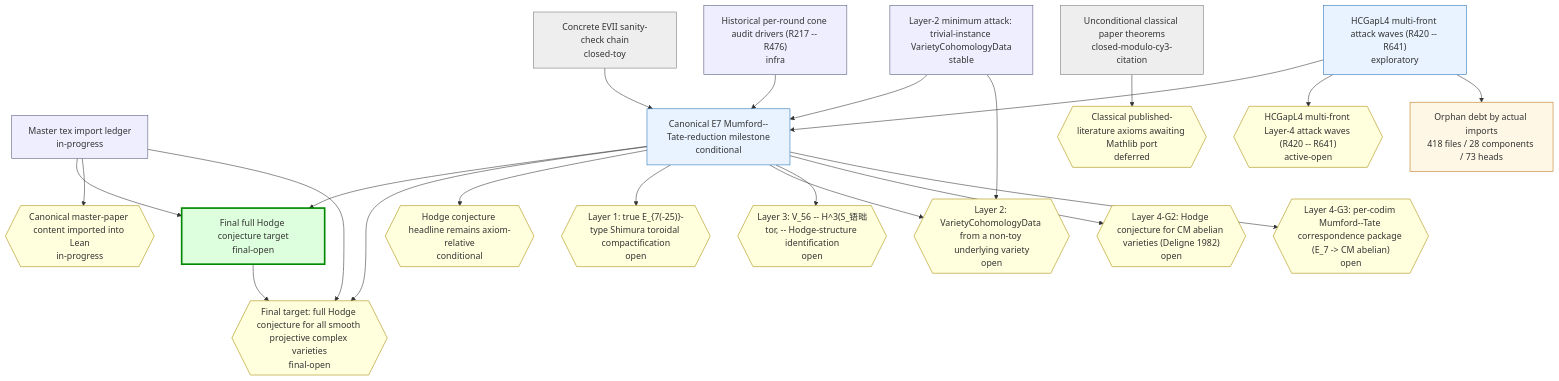
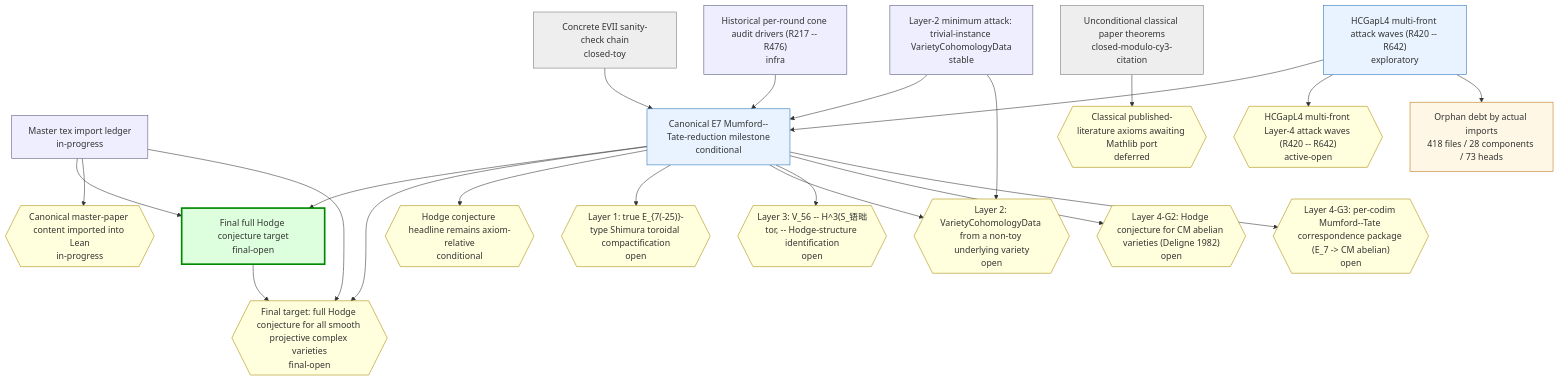
Before and after one commit to crabsatellite/hodge-conjecture-lean4-formalization: the first of 2 diagrams in chain-status/research-map.md, drawn with Mermaid. The commit also changed other lines of this file and 8 other files, not shown here.

````diff
--- a/chain-status/research-map.md
+++ b/chain-status/research-map.md
@@ -46,54 +46,54 @@
 ```mermaid
 graph TD
   classDef main fill:#dfd,stroke:#080,stroke-width:3px
   classDef active fill:#e8f3ff,stroke:#2670b8
   classDef support fill:#eef,stroke:#557
   classDef closed fill:#eee,stroke:#777
   classDef dead fill:#fdd,stroke:#a00,stroke-width:2px
   classDef gapOpen fill:#ffd,stroke:#a80
   classDef gapClosed fill:#eee,stroke:#777
   classDef gapDead fill:#fdd,stroke:#a00
   classDef debt fill:#fff7e6,stroke:#b87514
   classDef debtTaxonomy fill:#e8f3ff,stroke:#2670b8,stroke-dasharray:3 3
   classDef debtRule fill:#eefbea,stroke:#398439,stroke-dasharray:3 3
   classDef debtDead fill:#fdd,stroke:#a00,stroke-dasharray:3 3
   chain_full_hc_final_target["Final full Hodge conjecture target\nfinal-open"]:::main
   chain_master_paper_import_ledger["Master tex import ledger\nin-progress"]:::support
   chain_main_hc_axiom_relative["Canonical E7 Mumford--Tate-reduction milestone\nconditional"]:::active
   chain_unconditional_classical["Unconditional classical paper theorems\nclosed-modulo-cy3-citation"]:::closed
   chain_hcgap_l2_trivial_instances["Layer-2 minimum attack: trivial-instance VarietyCohomologyData\nstable"]:::support
-  chain_hcgap_l4_multifront_active["HCGapL4 multi-front attack waves (R420 -- R641)\nexploratory"]:::active
+  chain_hcgap_l4_multifront_active["HCGapL4 multi-front attack waves (R420 -- R642)\nexploratory"]:::active
   chain_concrete_evii_toy["Concrete EVII sanity-check chain\nclosed-toy"]:::closed
   chain_historical_cone_audits["Historical per-round cone audit drivers (R217 -- R476)\ninfra"]:::support
   gap_G_full_hc{{"Final target: full Hodge conjecture for all smooth projective complex varieties\nfinal-open"}}:::gapOpen
   gap_G_master_paper_import{{"Canonical master-paper content imported into Lean\nin-progress"}}:::gapOpen
   gap_G_main_hc{{"Hodge conjecture headline remains axiom-relative\nconditional"}}:::gapOpen
   gap_G_l1_e7_shimura_tor{{"Layer 1: true E_{7(-25)}-type Shimura toroidal compactification\nopen"}}:::gapOpen
   gap_G_l2_cohomology_construction{{"Layer 2: VarietyCohomologyData from a non-toy underlying variety\nopen"}}:::gapOpen
   gap_G_l3_v56_mt_identification{{"Layer 3: V_56 -- H^3(S_铻昢tor, -- Hodge-structure identification\nopen"}}:::gapOpen
   gap_G_l4_cm_abelian_hc{{"Layer 4-G2: Hodge conjecture for CM abelian varieties (Deligne 1982)\nopen"}}:::gapOpen
   gap_G_l4_mt_correspondence{{"Layer 4-G3: per-codim Mumford--Tate correspondence package (E_7 -> CM abelian)\nopen"}}:::gapOpen
   gap_G_classical_mathlib_port{{"Classical published-literature axioms awaiting Mathlib port\ndeferred"}}:::gapOpen
-  gap_G_hcgap_l4_multifront{{"HCGapL4 multi-front Layer-4 attack waves (R420 -- R641)\nactive-open"}}:::gapOpen
+  gap_G_hcgap_l4_multifront{{"HCGapL4 multi-front Layer-4 attack waves (R420 -- R642)\nactive-open"}}:::gapOpen
   chain_full_hc_final_target --> gap_G_full_hc
   chain_master_paper_import_ledger --> chain_full_hc_final_target
   chain_master_paper_import_ledger --> gap_G_master_paper_import
   chain_master_paper_import_ledger --> gap_G_full_hc
   chain_main_hc_axiom_relative --> chain_full_hc_final_target
   chain_main_hc_axiom_relative --> gap_G_full_hc
   chain_main_hc_axiom_relative --> gap_G_main_hc
   chain_main_hc_axiom_relative --> gap_G_l1_e7_shimura_tor
   chain_main_hc_axiom_relative --> gap_G_l2_cohomology_construction
   chain_main_hc_axiom_relative --> gap_G_l3_v56_mt_identification
   chain_main_hc_axiom_relative --> gap_G_l4_cm_abelian_hc
   chain_main_hc_axiom_relative --> gap_G_l4_mt_correspondence
   chain_unconditional_classical --> gap_G_classical_mathlib_port
   chain_hcgap_l2_trivial_instances --> chain_main_hc_axiom_relative
   chain_hcgap_l2_trivial_instances --> gap_G_l2_cohomology_construction
   chain_hcgap_l4_multifront_active --> chain_main_hc_axiom_relative
   chain_hcgap_l4_multifront_active --> gap_G_hcgap_l4_multifront
   chain_concrete_evii_toy --> chain_main_hc_axiom_relative
   chain_historical_cone_audits --> chain_main_hc_axiom_relative
   debt_all["Orphan debt by actual imports\n418 files / 28 components / 73 heads"]:::debt
   chain_hcgap_l4_multifront_active --> debt_all
 ```
````
